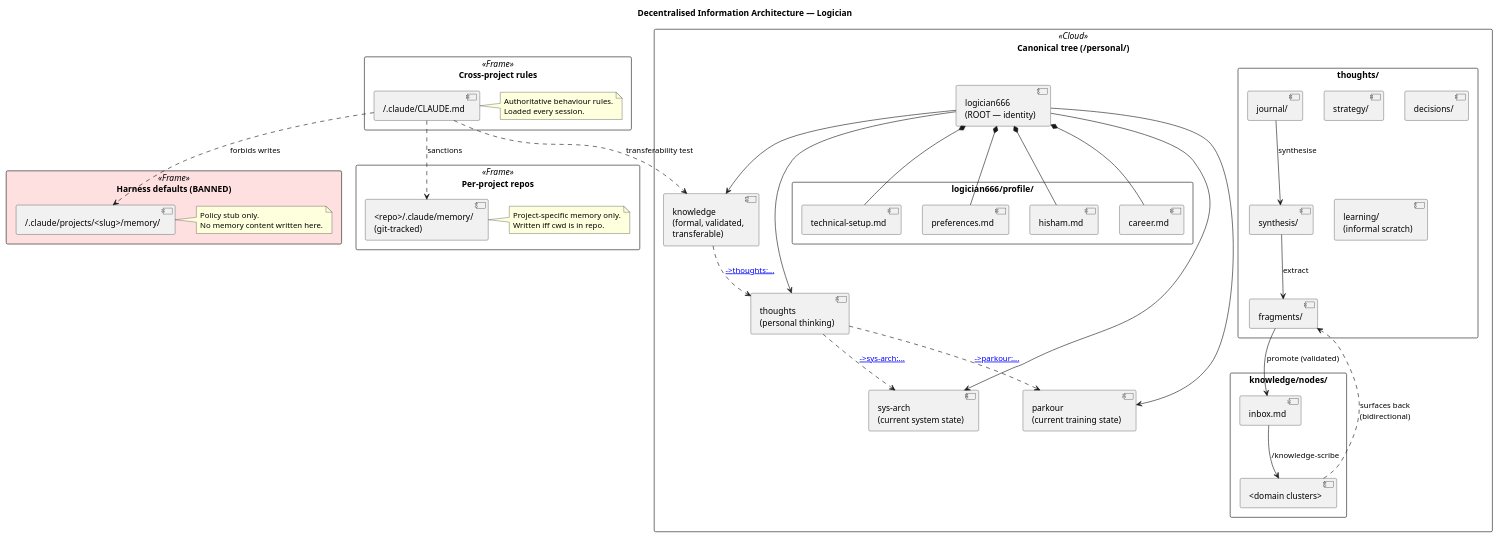
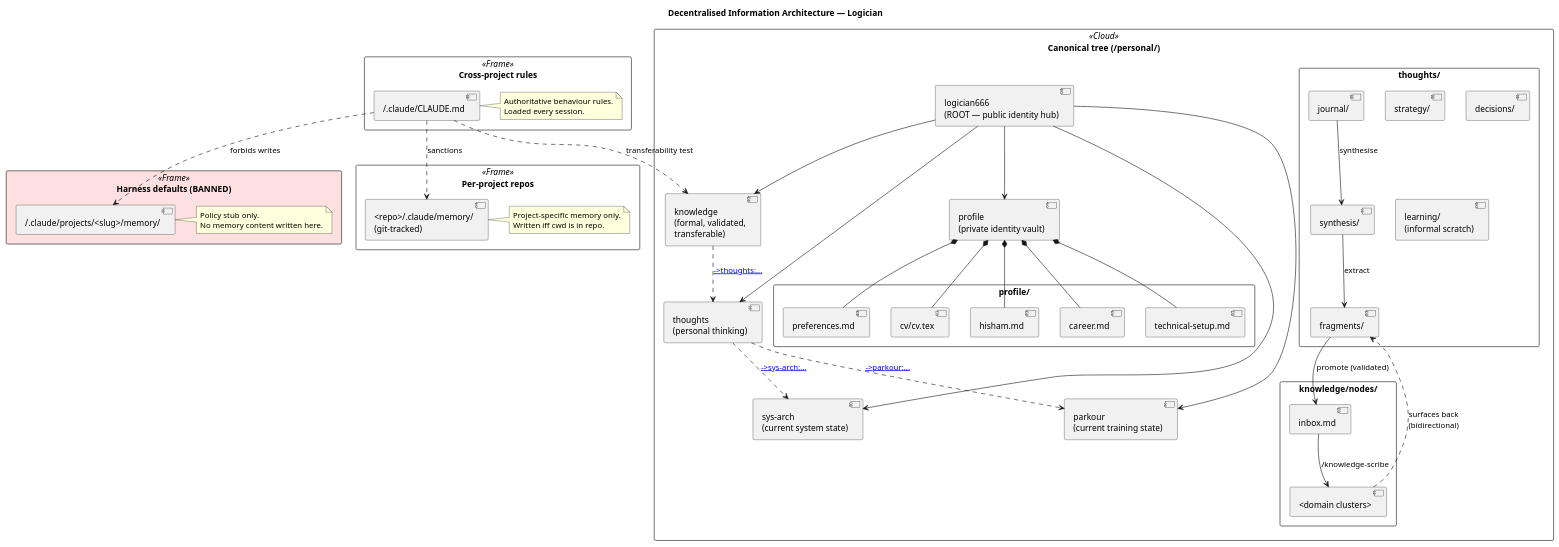
The diagram in ARCHITECTURE.md (logician666/logician666), drawn with PlantUML before and after one commit. The commit also changed other lines of this file and 9 other files, not shown here.

First line of the commit message:
restructure: extract profile/ into separate private repo; update governance docs

```diff
--- a/ARCHITECTURE.md
+++ b/ARCHITECTURE.md
@@ -71,12 +74,15 @@
 
 package "Canonical tree (~/personal/)" <<Cloud>> {
 
-  component "logician666\n(ROOT — identity)" as ROOT
-  package "logician666/profile/" {
+  component "logician666\n(ROOT — public identity hub)" as ROOT
+
+  component "profile\n(private identity vault)" as PROFILE
+  package "profile/" {
     component "hisham.md" as P_HISHAM
     component "career.md" as P_CAREER
     component "technical-setup.md" as P_TECH
     component "preferences.md" as P_PREFS
+    component "cv/cv.tex" as P_CV
   }
 
   component "thoughts\n(personal thinking)" as THOUGHTS
@@ -107,15 +113,17 @@
   end note
 }
 
+ROOT --> PROFILE
 ROOT --> THOUGHTS
 ROOT --> KNOWLEDGE
 ROOT --> SYSARCH
 ROOT --> PARKOUR
 
-ROOT *-- P_HISHAM
-ROOT *-- P_CAREER
-ROOT *-- P_TECH
-ROOT *-- P_PREFS
+PROFILE *-- P_HISHAM
+PROFILE *-- P_CAREER
+PROFILE *-- P_TECH
+PROFILE *-- P_PREFS
+PROFILE *-- P_CV
 
 T_JOURNAL --> T_SYNTH : synthesise
 T_SYNTH   --> T_FRAG  : extract
```
